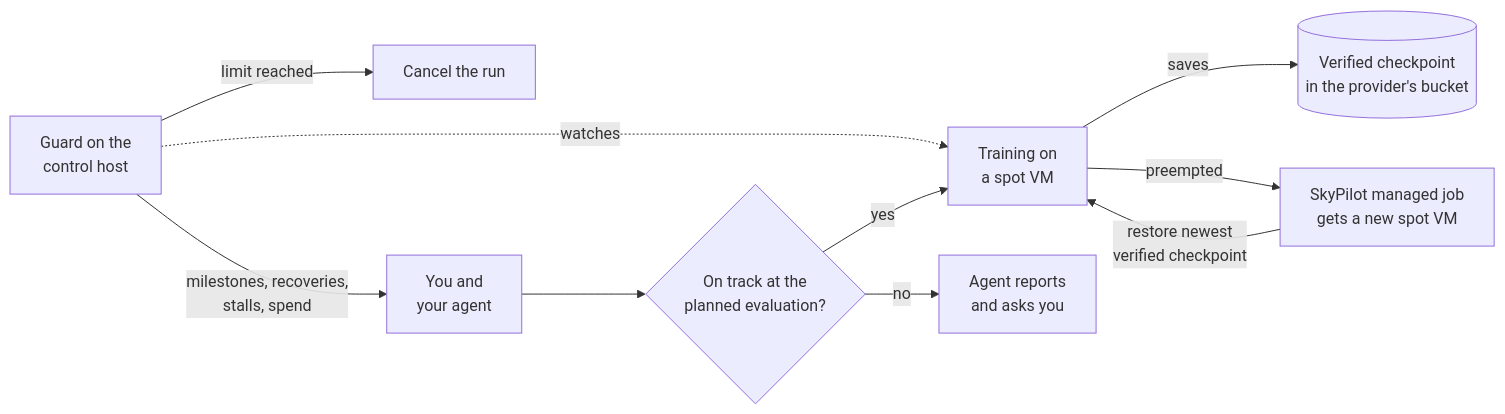
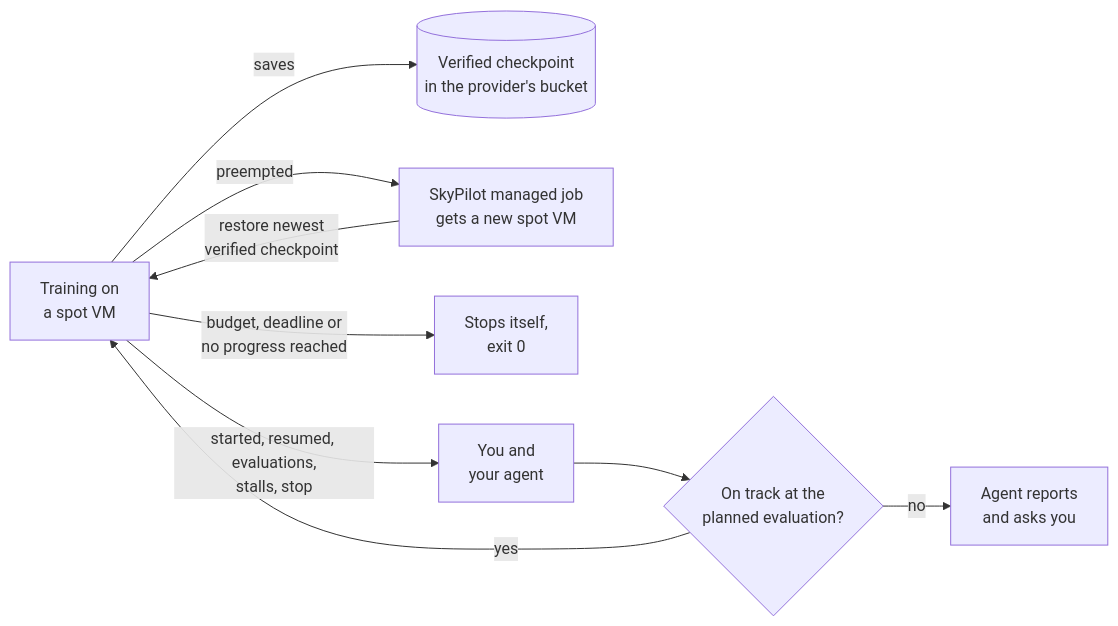
One commit to FrostyAlien/spot-train-agent changed the second of 2 diagrams in README.md. Above: the diagram before and after it, drawn with Mermaid. The commit also changed other lines of this file and 6 other files, not shown here.

````diff
--- a/README.md
+++ b/README.md
@@ -118,12 +118,11 @@
 ```mermaid
 flowchart LR
   run["Training on<br/>a spot VM"] -->|saves| ckpt[("Verified checkpoint<br/>in the provider's bucket")]
   run -->|preempted| sky["SkyPilot managed job<br/>gets a new spot VM"]
   sky -->|restore newest<br/>verified checkpoint| run
-  guard["Guard on the<br/>control host"] -.->|watches| run
-  guard -->|limit reached| stop["Cancel the run"]
-  guard -->|milestones, recoveries,<br/>stalls, spend| agent["You and<br/>your agent"]
+  run -->|budget, deadline or<br/>no progress reached| stop["Stops itself,<br/>exit 0"]
+  run -->|started, resumed, evaluations,<br/>stalls, stop| agent["You and<br/>your agent"]
   agent --> judge{"On track at the<br/>planned evaluation?"}
   judge -->|yes| run
   judge -->|no| report["Agent reports<br/>and asks you"]
 ```
````
